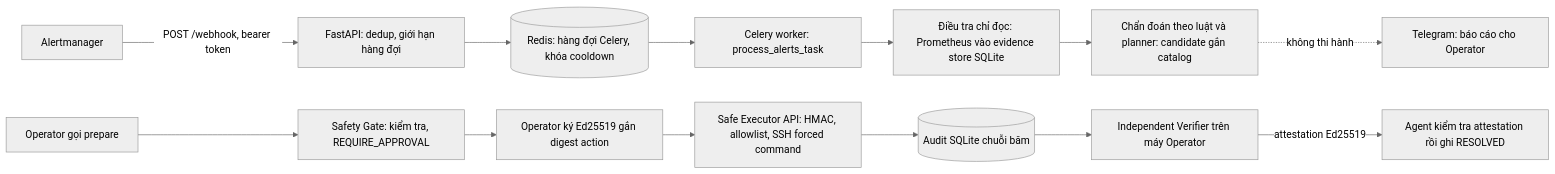
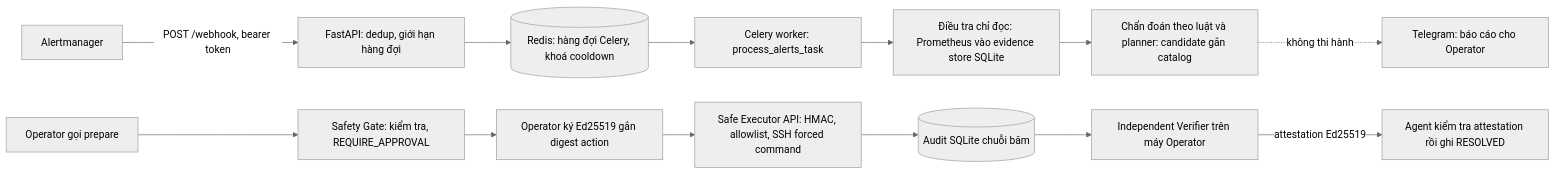
The second of 3 diagrams in thesis/chuong-4-hien-thuc.md (Benjaminnhnn/Building-a-safe-and-verifiable-AI-agent-framework-for-infrastructure-operations), drawn with Mermaid (neutral theme) before and after one commit. The commit also changed other lines of this file and 13 other files, not shown here.

````diff
--- a/thesis/chuong-4-hien-thuc.md
+++ b/thesis/chuong-4-hien-thuc.md
@@ -164,15 +164,15 @@
 ```mermaid
 flowchart LR
   AM["Alertmanager"] -->|"POST /webhook, bearer token"| API["FastAPI: dedup, giới hạn hàng đợi"]
-  API --> Q[("Redis: hàng đợi Celery, khóa cooldown")]
+  API --> Q[("Redis: hàng đợi Celery, khoá cooldown")]
   Q --> W["Celery worker: process_alerts_task"]
   W --> INV["Điều tra chỉ đọc: Prometheus vào evidence store SQLite"]
   INV --> DX["Chẩn đoán theo luật và planner: candidate gắn catalog"]
   DX -. "không thi hành" .-> TG["Telegram: báo cáo cho Operator"]
   OP["Operator gọi prepare"] --> G["Safety Gate: kiểm tra, REQUIRE_APPROVAL"]
   G --> SIG["Operator ký Ed25519 gắn digest action"]
   SIG --> EX["Safe Executor API: HMAC, allowlist, SSH forced command"]
   EX --> AUD[("Audit SQLite chuỗi băm")]
   AUD --> V["Independent Verifier trên máy Operator"]
   V -->|"attestation Ed25519"| ACC["Agent kiểm tra attestation rồi ghi RESOLVED"]
 ```
````
